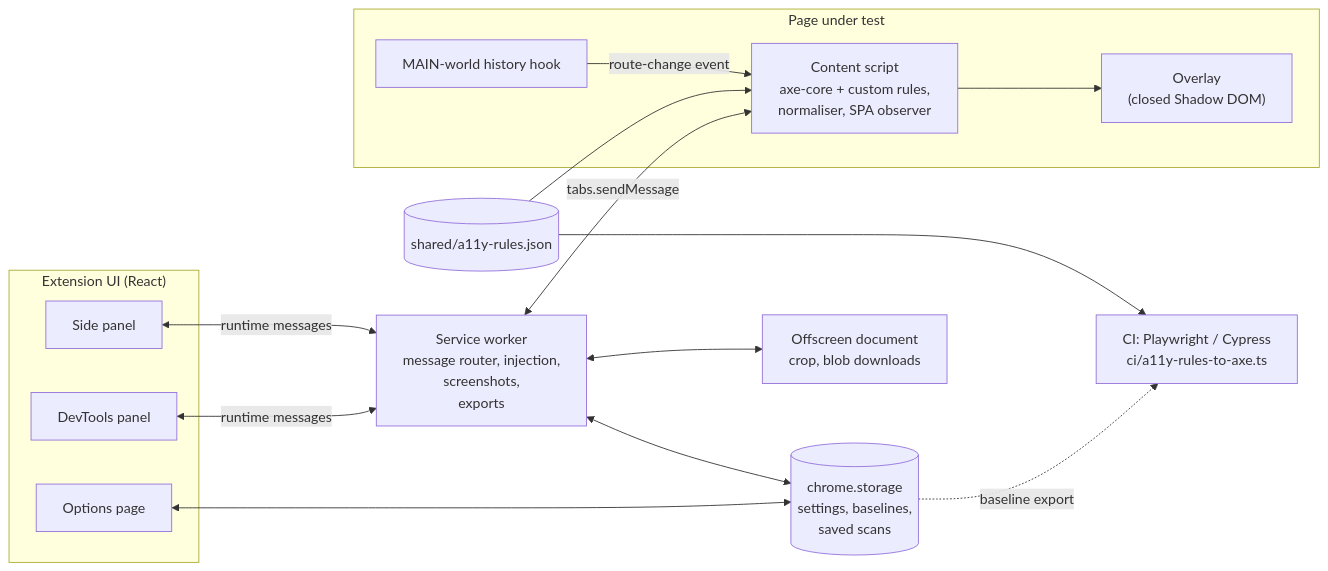
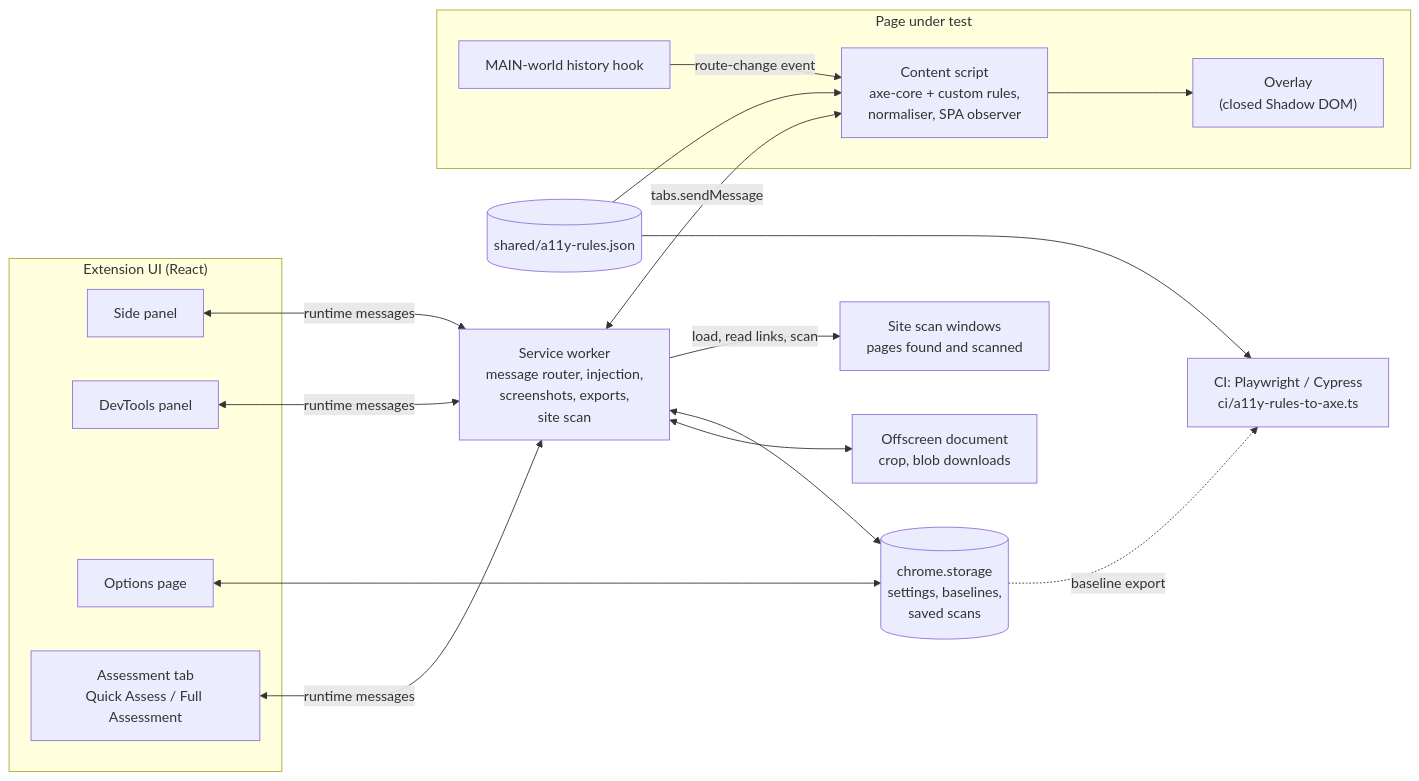
Before and after one commit to anandarava/Paltech-Accessibility-Inspector: the diagram in README.md, drawn with Mermaid. The commit also changed other lines of this file and 4 other files, not shown here.

````diff
--- a/README.md
+++ b/README.md
@@ -293,30 +363,34 @@
 ```mermaid
 flowchart LR
     subgraph UI["Extension UI (React)"]
         SP["Side panel"]
         DT["DevTools panel"]
         OPT["Options page"]
+        AS["Assessment tab<br/>Quick Assess / Full Assessment"]
     end
-    SW["Service worker<br/>message router, injection,<br/>screenshots,<br/>exports"]
+    SW["Service worker<br/>message router, injection,<br/>screenshots, exports,<br/>site scan"]
+    WIN["Site scan windows<br/>pages found and scanned"]
     subgraph Page["Page under test"]
         CS["Content script<br/>axe-core + custom rules,<br/>normaliser, SPA observer"]
         OV["Overlay<br/>(closed Shadow DOM)"]
         HOOK["MAIN-world history hook"]
     end
     OFF["Offscreen document<br/>crop, blob downloads"]
     STORE[("chrome.storage<br/>settings, baselines,<br/>saved scans")]
     CFG[("shared/a11y-rules.json")]
     CI["CI: Playwright / Cypress<br/>ci/a11y-rules-to-axe.ts"]
 
     SP <-->|runtime messages| SW
     DT <-->|runtime messages| SW
+    AS <-->|runtime messages| SW
+    SW -->|load, read links, scan| WIN
     OPT <--> STORE
     SW <-->|tabs.sendMessage| CS
     SW <--> STORE
     SW <--> OFF
         CS --> OV
     HOOK -->|route-change event| CS
     CFG --> CS
     CFG --> CI
     STORE -.->|baseline export| CI
 ```
````
